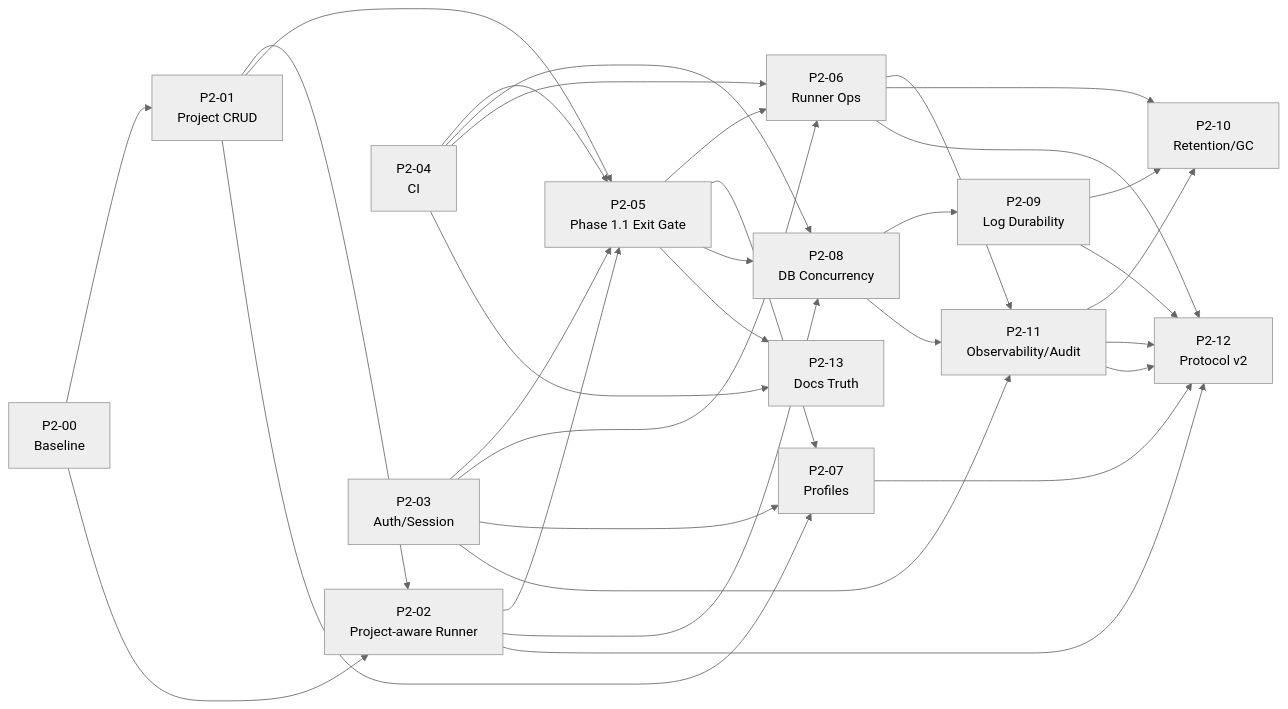
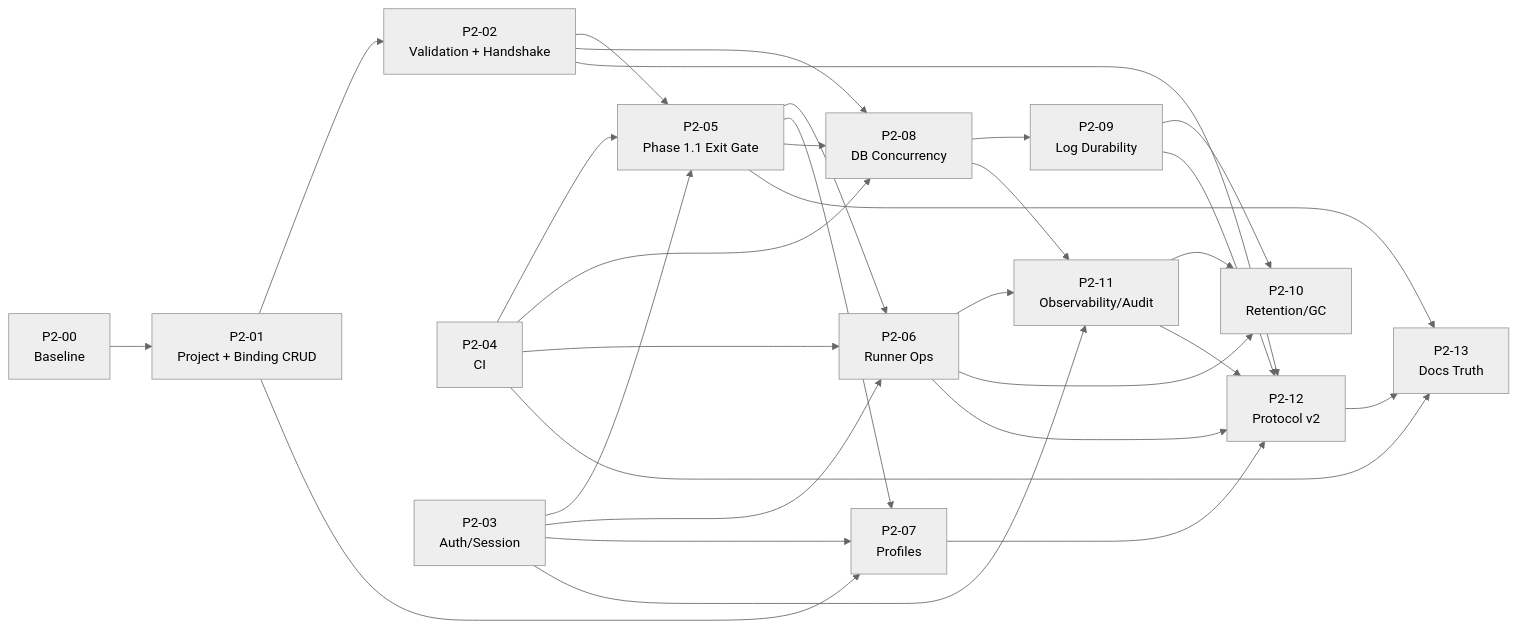
One commit to cloudyBird233/Haft changed the tenth of 10 diagrams in docs/phase-2-technical-roadmap.md. Above: the diagram before and after it, drawn with Mermaid (neutral theme). The commit also changed other lines of this file, not shown here.

Commit message:
docs: revise phase 2 architecture for repository handshake and log durability

````diff
--- a/docs/phase-2-technical-roadmap.md
+++ b/docs/phase-2-technical-roadmap.md
@@ -975,34 +1391,32 @@
 ```mermaid
 flowchart LR
-  P200["P2-00<br/>Baseline"] --> P201["P2-01<br/>Project CRUD"]
-  P200 --> P202["P2-02<br/>Project-aware Runner"]
-  P204["P2-04<br/>CI"] --> P205["P2-05<br/>Phase 1.1 Exit Gate"]
-  P201 --> P202
-  P201 --> P205
-  P202 --> P205
+  P200["P2-00<br/>Baseline"] --> P201["P2-01<br/>Project + Binding CRUD"]
+  P201 --> P202["P2-02<br/>Validation + Handshake"]
+  P202 --> P205["P2-05<br/>Phase 1.1 Exit Gate"]
+  P204["P2-04<br/>CI"] --> P205
   P203["P2-03<br/>Auth/Session"] --> P205
   P204 --> P208["P2-08<br/>DB Concurrency"]
   P202 --> P208
   P208 --> P209["P2-09<br/>Log Durability"]
   P203 --> P206["P2-06<br/>Runner Ops"]
   P204 --> P206
   P205 --> P206
   P201 --> P207["P2-07<br/>Profiles"]
   P203 --> P207
   P205 --> P207
   P205 --> P208
   P203 --> P211["P2-11<br/>Observability/Audit"]
   P206 --> P211
   P208 --> P211
-  P206 --> P210
-  P209 --> P210["P2-10<br/>Retention/GC"]
+  P206 --> P210["P2-10<br/>Retention/GC"]
+  P209 --> P210
   P211 --> P210
   P202 --> P212["P2-12<br/>Protocol v2"]
   P206 --> P212
   P207 --> P212
   P209 --> P212
   P211 --> P212
-  P204 --> P213
-  P205 --> P213["P2-13<br/>Docs Truth"]
-  P211 --> P212
+  P204 --> P213["P2-13<br/>Docs Truth"]
+  P205 --> P213
+  P212 --> P213
 ```
````
